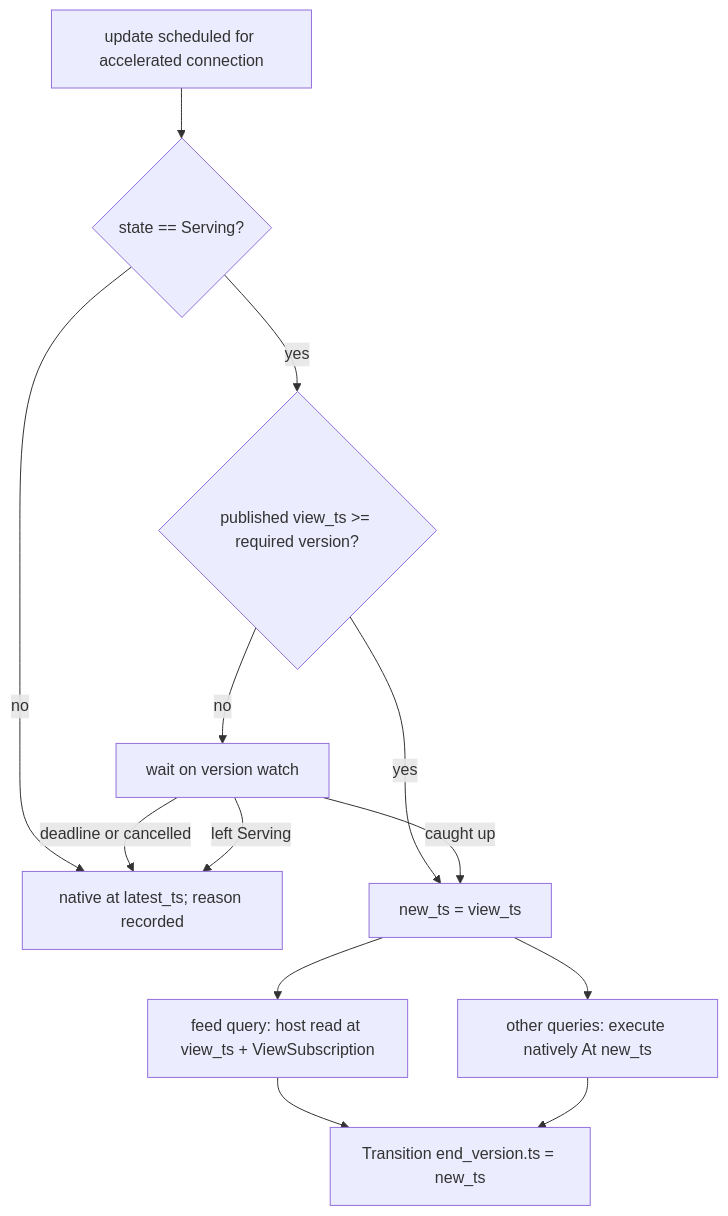
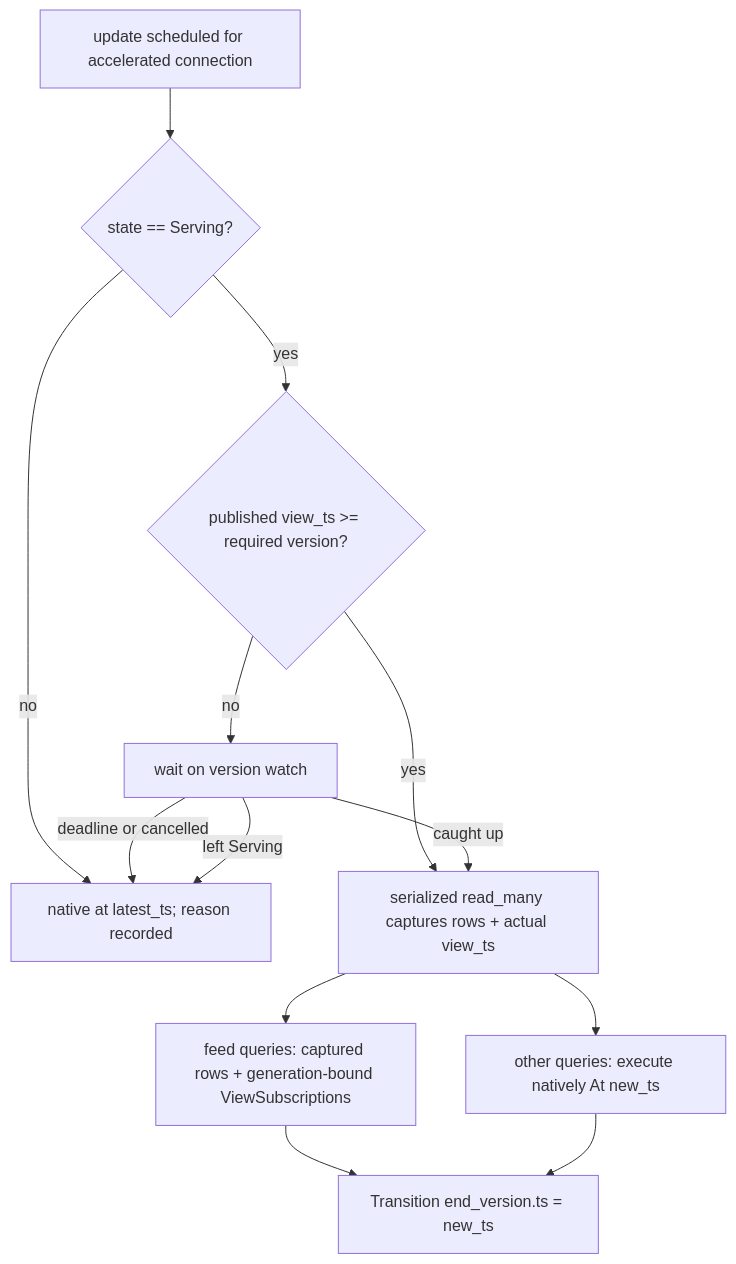
The seventh of 7 diagrams in docs/plans/2026-09-10-1702-feat-skip-incremental-materialized-cache-spike-plan.md (billf/convex-backend), drawn with Mermaid before and after one commit. The commit also changed other lines of this file and 8 other files, not shown here.

````diff
--- a/docs/plans/2026-09-10-1702-feat-skip-incremental-materialized-cache-spike-plan.md
+++ b/docs/plans/2026-09-10-1702-feat-skip-incremental-materialized-cache-spike-plan.md
@@ -459,15 +460,15 @@
 ```mermaid
 flowchart TB
   A[update scheduled for accelerated connection] --> B{state == Serving?}
   B -->|no| F[native at latest_ts; reason recorded]
   B -->|yes| C{published view_ts >= required version?}
-  C -->|yes| D[new_ts = view_ts]
+  C -->|yes| D[serialized read_many captures rows + actual view_ts]
   C -->|no| W[wait on version watch]
   W -->|caught up| D
   W -->|deadline or cancelled| F
   W -->|left Serving| F
-  D --> E[feed query: host read at view_ts + ViewSubscription]
+  D --> E[feed queries: captured rows + generation-bound ViewSubscriptions]
   D --> G[other queries: execute natively At new_ts]
   E --> T[Transition end_version.ts = new_ts]
   G --> T
 ```
````
